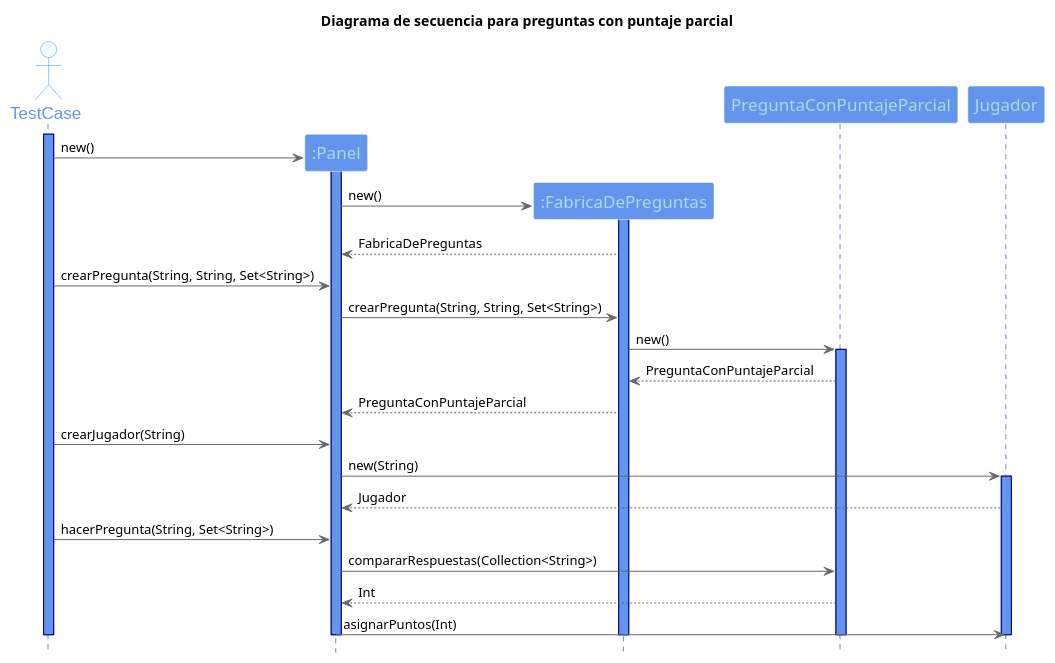
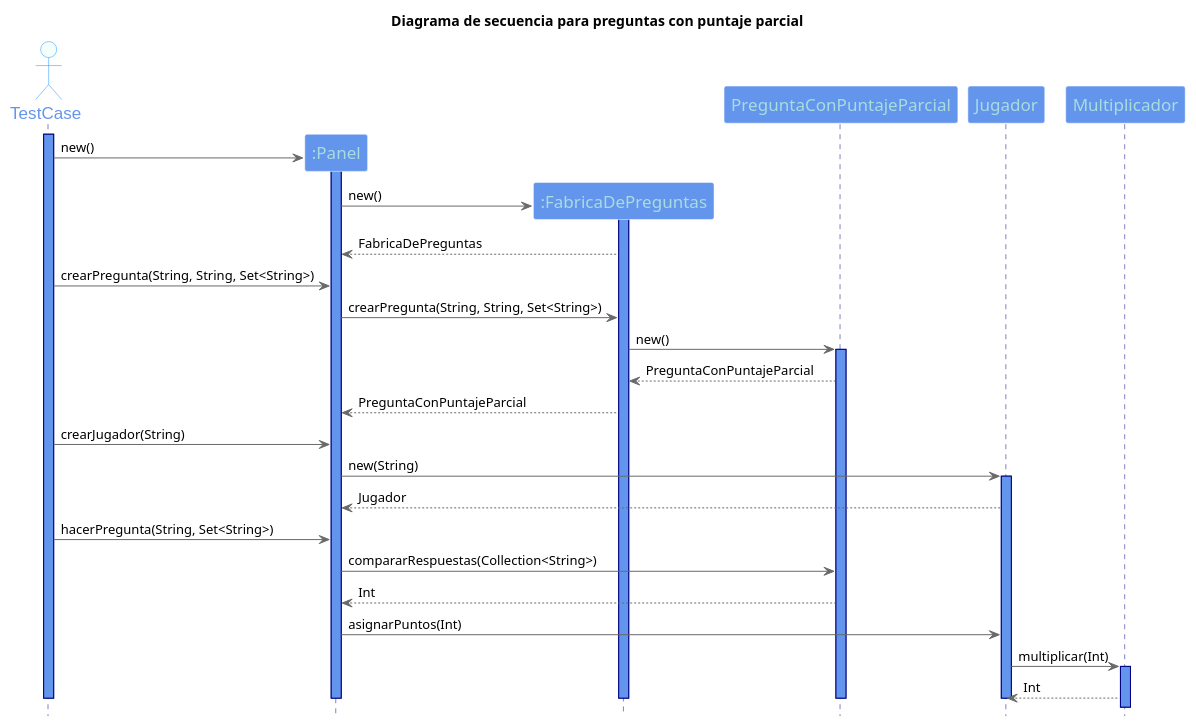
Before and after one commit to fvazquezf/TP_2_Algo_3: the diagram in UML/Diagramas de secuencia/PreguntasConPuntajeParcial.puml, drawn with PlantUML. The commit also changed 2 other files, not shown here.

```diff
--- a/UML/Diagramas de secuencia/PreguntasConPuntajeParcial.puml
+++ b/UML/Diagramas de secuencia/PreguntasConPuntajeParcial.puml
@@ -1,64 +1,66 @@
 @startuml
 
 title Diagrama de secuencia para preguntas con puntaje parcial
 
 hide footbox
 skinparam backgroundColor white
 
 skinparam sequence {
 ArrowColor DimGray
 ActorBorderColor DodgerBlue
 LifeLineBorderColor Navy
 LifeLineBackgroundColor CornflowerBlue
 ParticipantBorderColor LighSlateGray
 ParticipantBackgroundColor CornflowerBlue
 ParticipantFontName Impact
 ParticipantFontSize 17
 ParticipantFontColor #A9DCDF
 ActorBackgroundColor mintCream
 ActorFontColor CornflowerBlue
 ActorFontSize 17
 ActorFontName Aapex
 }
 
 actor TestCase
 activate TestCase
 
 participant ":Panel" as Panel
 create Panel
 TestCase -> Panel : new()
 activate Panel
 
 participant ":FabricaDePreguntas" as FabricaDePreguntas
 create FabricaDePreguntas
 Panel -> FabricaDePreguntas :  new()
 activate FabricaDePreguntas
 FabricaDePreguntas --> Panel : FabricaDePreguntas
 
 TestCase -> Panel : crearPregunta(String, String, Set<String>)
 
 Panel -> FabricaDePreguntas : crearPregunta(String, String, Set<String>)
 
 FabricaDePreguntas -> PreguntaConPuntajeParcial: new()
 activate PreguntaConPuntajeParcial
 PreguntaConPuntajeParcial --> FabricaDePreguntas: PreguntaConPuntajeParcial
 FabricaDePreguntas --> Panel: PreguntaConPuntajeParcial
 
 TestCase -> Panel: crearJugador(String)
 Panel -> Jugador: new(String)
 activate Jugador
 Jugador --> Panel: Jugador
 
 TestCase -> Panel: hacerPregunta(String, Set<String>)
 Panel -> PreguntaConPuntajeParcial: compararRespuestas(Collection<String>)
 PreguntaConPuntajeParcial --> Panel: Int
 Panel -> Jugador: asignarPuntos(Int)
-
+Jugador -> Multiplicador: multiplicar(Int)
+activate Multiplicador
+Multiplicador --> Jugador: Int
 
 deactivate PreguntaConPuntajeParcial
 deactivate Jugador
 deactivate FabricaDePreguntas
 deactivate Panel
 deactivate TestCase
 
 @enduml
```
